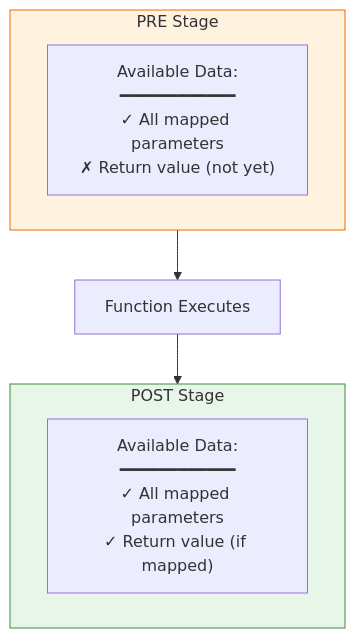
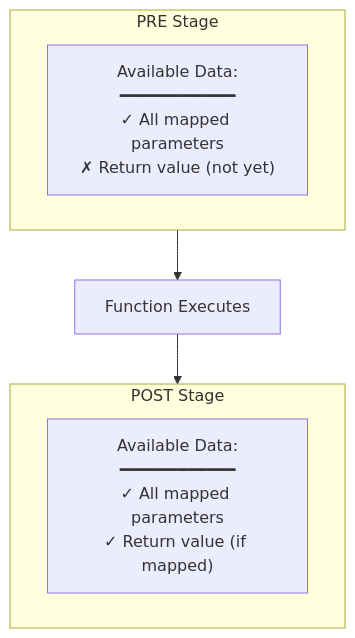
The fifth of 11 diagrams in diagrams/08-protect-decorator-flow.md (agentcontrol/agent-control), drawn with Mermaid before and after one commit. The commit also changed other lines of this file and 9 other files, not shown here.

````diff
--- a/diagrams/08-protect-decorator-flow.md
+++ b/diagrams/08-protect-decorator-flow.md
@@ -118,18 +107,15 @@
 ```mermaid
 flowchart TD
     subgraph pre["PRE Stage"]
         pre_data["Available Data:<br/>━━━━━━━━━━━━<br/>✓ All mapped parameters<br/>✗ Return value (not yet)"]
     end
 
     exec["Function Executes"]
 
     subgraph post["POST Stage"]
         post_data["Available Data:<br/>━━━━━━━━━━━━<br/>✓ All mapped parameters<br/>✓ Return value (if mapped)"]
     end
 
     pre --> exec
     exec --> post
-
-    style pre fill:#fff3e0,stroke:#ef6c00
-    style post fill:#e8f5e9,stroke:#388e3c
 ```
````
